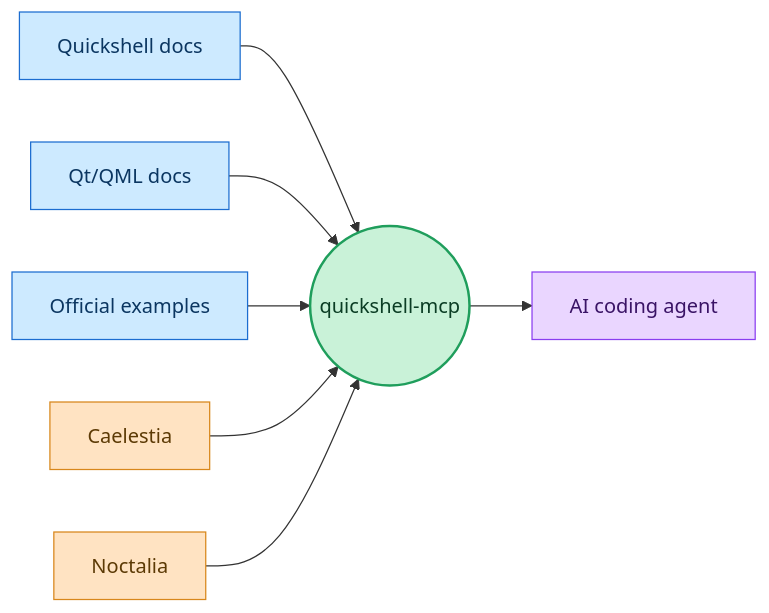
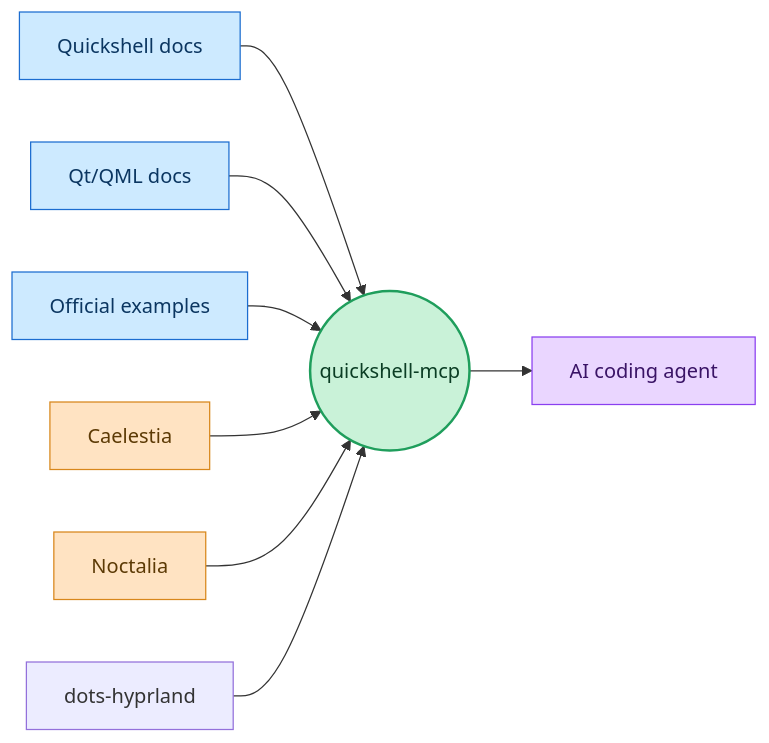
The first of 3 diagrams in README.md (franklinnolasco7/quickshell-docs-mcp), drawn with Mermaid before and after one commit. The commit also changed other lines of this file and 14 other files, not shown here.

Commit message:
feat: index dots-hyprland as a third implementation source (#24)

````diff
--- a/README.md
+++ b/README.md
@@ -96,27 +96,29 @@
 ```mermaid
 flowchart LR
     A[Quickshell docs]
     B[Qt/QML docs]
     C[Official examples]
     D[Caelestia]
     E[Noctalia]
+    F[dots-hyprland]
     M((quickshell-mcp))
     Agent[AI coding agent]
 
     A --> M
     B --> M
     C --> M
     D --> M
     E --> M
+    F --> M
     M --> Agent
 
     classDef official fill:#cdeaff,stroke:#1c6dd0,stroke-width:1px,color:#0b3661
     classDef community fill:#ffe3c2,stroke:#d8871b,stroke-width:1px,color:#5c3a05
     classDef core fill:#c9f2d8,stroke:#1f9e5c,stroke-width:2px,color:#0b3d24
     classDef agent fill:#ead6ff,stroke:#8a3ff0,stroke-width:1px,color:#3a1466
 
     class A,B,C official
     class D,E community
     class M core
     class Agent agent
 ```
````
